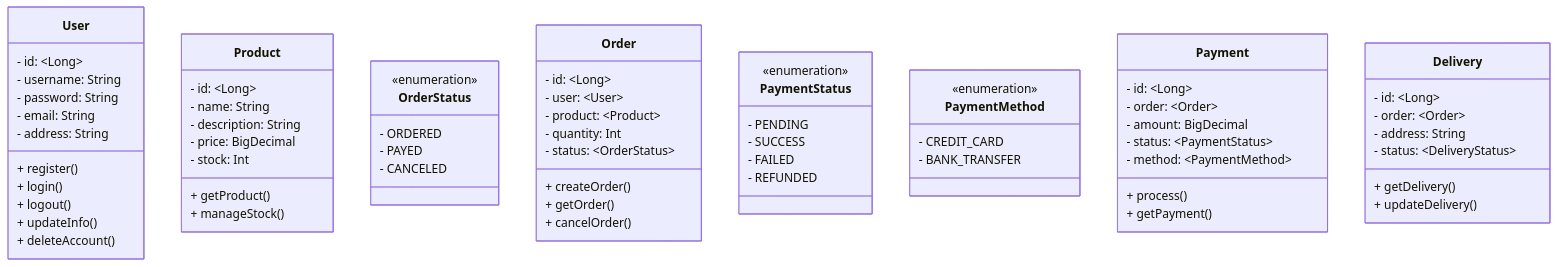
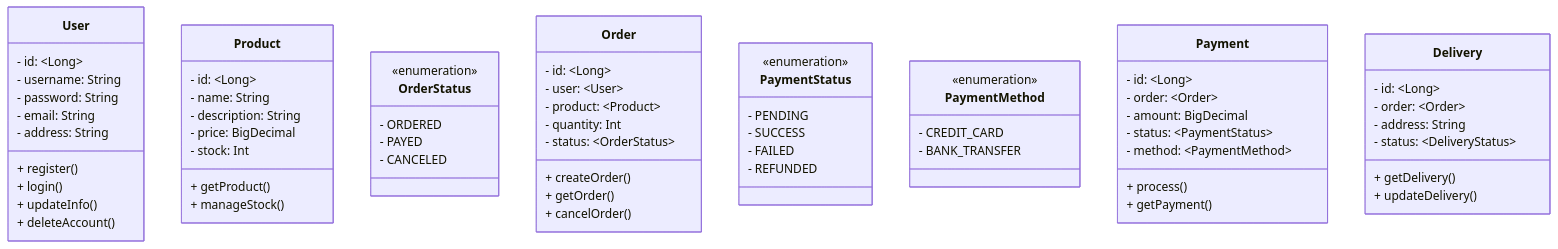
Before and after one commit to study-111/commerce-system-be: the diagram in README.md, drawn with Mermaid. The commit also changed other lines of this file and 10 other files, not shown here.

````diff
--- a/README.md
+++ b/README.md
@@ -33,76 +33,75 @@
 ```mermaid
 classDiagram
     class User {
         - id: ~Long~
         - username: String
         - password: String
         - email: String
         - address: String
         + register()
         + login()
-        + logout()
         + updateInfo()
         + deleteAccount()
     }
 
     class Product {
         - id: ~Long~
         - name: String
         - description: String
         - price: BigDecimal
         - stock: Int
         + getProduct()
         + manageStock()
     }
 
     class OrderStatus {
         <<enumeration>>
         - ORDERED
         - PAYED
         - CANCELED
     }
 
     class Order {
         - id: ~Long~
         - user: ~User~
         - product: ~Product~
         - quantity: Int
         - status: ~OrderStatus~
         + createOrder()
         + getOrder()
         + cancelOrder()
     }
 
     class PaymentStatus {
         <<enumeration>>
         - PENDING
         - SUCCESS
         - FAILED
         - REFUNDED
     }
 
     class PaymentMethod {
         <<enumeration>>
         - CREDIT_CARD
         - BANK_TRANSFER
     }
 
     class Payment {
         - id: ~Long~
         - order: ~Order~
         - amount: BigDecimal
         - status: ~PaymentStatus~
         - method: ~PaymentMethod~
         + process()
         + getPayment()
     }
 
     class Delivery {
         - id: ~Long~
         - order: ~Order~
         - address: String
         - status: ~DeliveryStatus~
         + getDelivery()
         + updateDelivery()
     }
 ```
````
